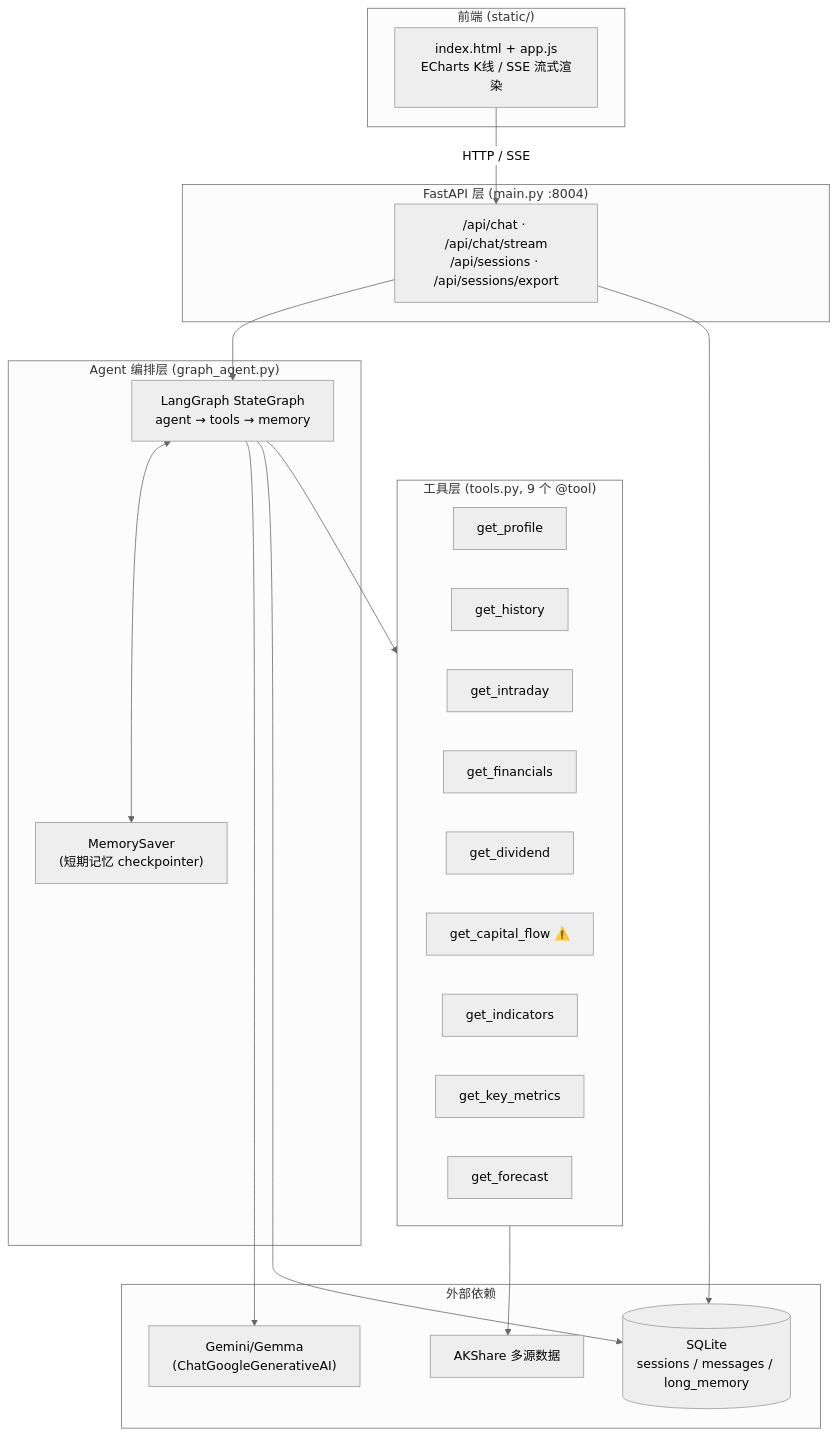
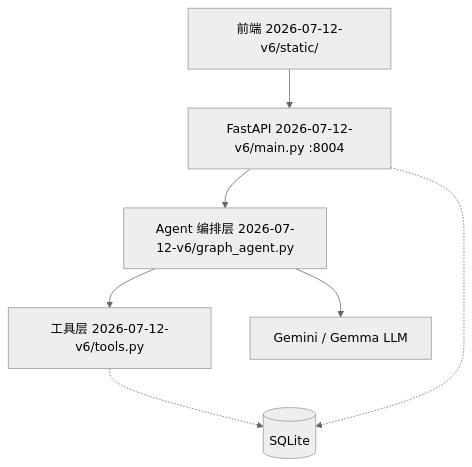
Before and after one commit to StarterMonk/stock-info-agent: the first of 2 diagrams in README.md, drawn with Mermaid (neutral theme). The commit also changed other lines of this file and 1 other file, not shown here.

````diff
--- a/README.md
+++ b/README.md
@@ -137,31 +56,16 @@
 ```mermaid
-flowchart TB
-    subgraph FE["前端 (static/)"]
-        UI["index.html + app.js<br/>ECharts K线 / SSE 流式渲染"]
-    end
-    subgraph API["FastAPI 层 (main.py :8004)"]
-        ROUTES["/api/chat · /api/chat/stream<br/>/api/sessions · /api/sessions/export"]
-    end
-    subgraph AGENT["Agent 编排层 (graph_agent.py)"]
-        GRAPH["LangGraph StateGraph<br/>agent → tools → memory"]
-        MEM["MemorySaver<br/>(短期记忆 checkpointer)"]
-    end
-    subgraph TOOLS["工具层 (tools.py, 9 个 @tool)"]
-        T1["get_profile"] & T2["get_history"] & T3["get_intraday"]
-        T4["get_financials"] & T5["get_dividend"] & T6["get_capital_flow ⚠️"]
-        T7["get_indicators"] & T8["get_key_metrics"] & T9["get_forecast"]
-    end
-    subgraph EXT["外部依赖"]
-        LLM["Gemini/Gemma<br/>(ChatGoogleGenerativeAI)"]
-        AK["AKShare 多源数据"]
-        DB[("SQLite<br/>sessions / messages / long_memory")]
-    end
-    UI -- "HTTP / SSE" --> ROUTES
-    ROUTES --> GRAPH
-    GRAPH <--> MEM
-    GRAPH --> LLM
-    GRAPH --> TOOLS
-    TOOLS --> AK
-    ROUTES --> DB
-    GRAPH --> DB
+graph TD
+    FE["前端 2026-07-12-v6/static/"]
+    API["FastAPI 2026-07-12-v6/main.py :8004"]
+    AGENT["Agent 编排层 2026-07-12-v6/graph_agent.py"]
+    TOOLS["工具层 2026-07-12-v6/tools.py"]
+    LLM["Gemini / Gemma LLM"]
+    DB[("SQLite")]
+
+    FE --> API
+    API --> AGENT
+    AGENT --> LLM
+    AGENT --> TOOLS
+    TOOLS -.-> DB
+    API -.-> DB
 ```
````
